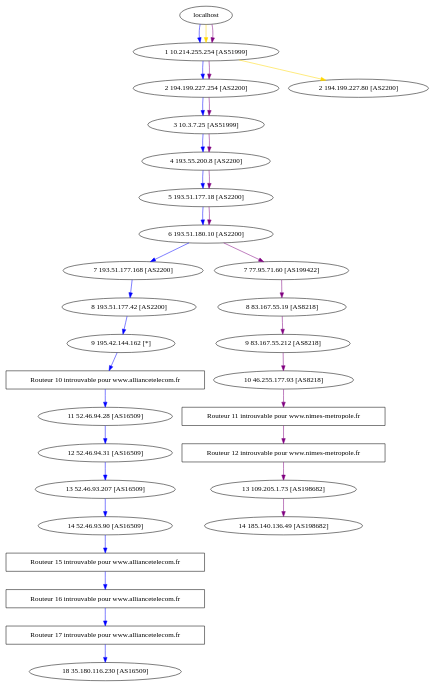
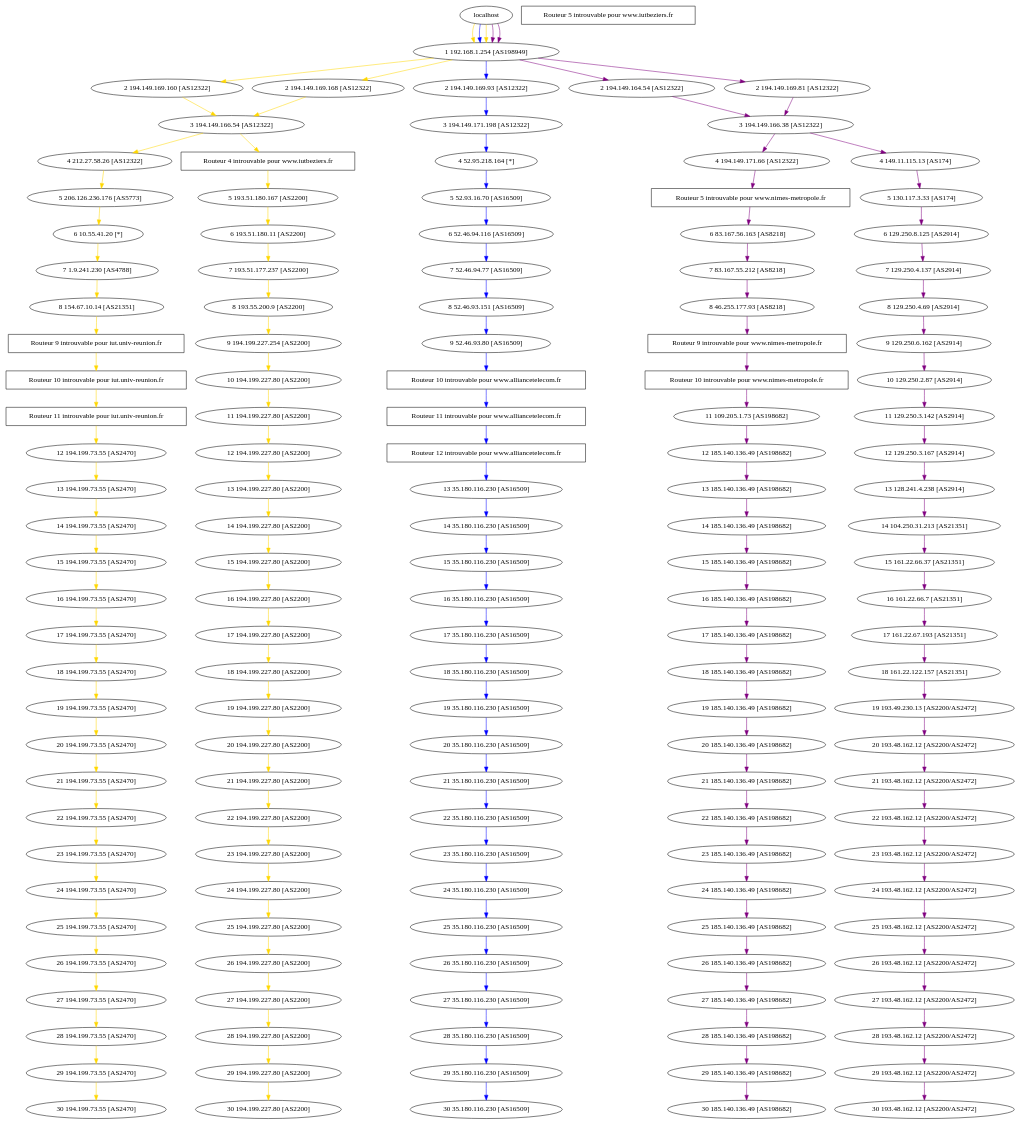
Before and after one commit to oriane17/cartographie: the diagram in traceroute/exam/carto.dot, drawn with Graphviz. The commit also changed 8 other files, not shown here.

```diff
--- a/traceroute/exam/carto.dot
+++ b/traceroute/exam/carto.dot
@@ -1,11 +1,17 @@
 digraph grapheTR {
 localhost
--> "1 10.214.255.254 [AS51999]" -> "2 194.199.227.254 [AS2200]" -> "3 10.3.7.25 [AS51999]" -> "4 193.55.200.8 [AS2200]" -> "5 193.51.177.18 [AS2200]" -> "6 193.51.180.10 [AS2200]" -> "7 193.51.177.168 [AS2200]" -> "8 193.51.177.42 [AS2200]" -> "9 195.42.144.162 [*]" -> "Routeur 10 introuvable pour www.alliancetelecom.fr" -> "11 52.46.94.28 [AS16509]" -> "12 52.46.94.31 [AS16509]" -> "13 52.46.93.207 [AS16509]" -> "14 52.46.93.90 [AS16509]" -> "Routeur 15 introuvable pour www.alliancetelecom.fr" -> "Routeur 16 introuvable pour www.alliancetelecom.fr" -> "Routeur 17 introuvable pour www.alliancetelecom.fr" -> "18 35.180.116.230 [AS16509]" [color=blue] "Routeur 10 introuvable pour www.alliancetelecom.fr" [shape=box] "Routeur 15 introuvable pour www.alliancetelecom.fr" [shape=box] "Routeur 16 introuvable pour www.alliancetelecom.fr" [shape=box] "Routeur 17 introuvable pour www.alliancetelecom.fr" [shape=box] 
+-> "1 192.168.1.254 [AS198949]" -> "2 194.149.169.160 [AS12322]" -> "3 194.149.166.54 [AS12322]" -> "4 212.27.58.26 [AS12322]" -> "5 206.126.236.176 [AS5773]" -> "6 10.55.41.20 [*]" -> "7 1.9.241.230 [AS4788]" -> "8 154.67.10.14 [AS21351]" -> "Routeur 9 introuvable pour iut.univ-reunion.fr" -> "Routeur 10 introuvable pour iut.univ-reunion.fr" -> "Routeur 11 introuvable pour iut.univ-reunion.fr" -> "12 194.199.73.55 [AS2470]" -> "13 194.199.73.55 [AS2470]" -> "14 194.199.73.55 [AS2470]" -> "15 194.199.73.55 [AS2470]" -> "16 194.199.73.55 [AS2470]" -> "17 194.199.73.55 [AS2470]" -> "18 194.199.73.55 [AS2470]" -> "19 194.199.73.55 [AS2470]" -> "20 194.199.73.55 [AS2470]" -> "21 194.199.73.55 [AS2470]" -> "22 194.199.73.55 [AS2470]" -> "23 194.199.73.55 [AS2470]" -> "24 194.199.73.55 [AS2470]" -> "25 194.199.73.55 [AS2470]" -> "26 194.199.73.55 [AS2470]" -> "27 194.199.73.55 [AS2470]" -> "28 194.199.73.55 [AS2470]" -> "29 194.199.73.55 [AS2470]" -> "30 194.199.73.55 [AS2470]" [color=gold] "Routeur 9 introuvable pour iut.univ-reunion.fr" [shape=box] "Routeur 10 introuvable pour iut.univ-reunion.fr" [shape=box] "Routeur 11 introuvable pour iut.univ-reunion.fr" [shape=box] 
 ;
 localhost
--> "1 10.214.255.254 [AS51999]" -> "2 194.199.227.80 [AS2200]" [color=gold] 
+-> "1 192.168.1.254 [AS198949]" -> "2 194.149.169.93 [AS12322]" -> "3 194.149.171.198 [AS12322]" -> "4 52.95.218.164 [*]" -> "5 52.93.16.70 [AS16509]" -> "6 52.46.94.116 [AS16509]" -> "7 52.46.94.77 [AS16509]" -> "8 52.46.93.151 [AS16509]" -> "9 52.46.93.80 [AS16509]" -> "Routeur 10 introuvable pour www.alliancetelecom.fr" -> "Routeur 11 introuvable pour www.alliancetelecom.fr" -> "Routeur 12 introuvable pour www.alliancetelecom.fr" -> "13 35.180.116.230 [AS16509]" -> "14 35.180.116.230 [AS16509]" -> "15 35.180.116.230 [AS16509]" -> "16 35.180.116.230 [AS16509]" -> "17 35.180.116.230 [AS16509]" -> "18 35.180.116.230 [AS16509]" -> "19 35.180.116.230 [AS16509]" -> "20 35.180.116.230 [AS16509]" -> "21 35.180.116.230 [AS16509]" -> "22 35.180.116.230 [AS16509]" -> "23 35.180.116.230 [AS16509]" -> "24 35.180.116.230 [AS16509]" -> "25 35.180.116.230 [AS16509]" -> "26 35.180.116.230 [AS16509]" -> "27 35.180.116.230 [AS16509]" -> "28 35.180.116.230 [AS16509]" -> "29 35.180.116.230 [AS16509]" -> "30 35.180.116.230 [AS16509]" [color=blue] "Routeur 10 introuvable pour www.alliancetelecom.fr" [shape=box] "Routeur 11 introuvable pour www.alliancetelecom.fr" [shape=box] "Routeur 12 introuvable pour www.alliancetelecom.fr" [shape=box] 
 ;
 localhost
--> "1 10.214.255.254 [AS51999]" -> "2 194.199.227.254 [AS2200]" -> "3 10.3.7.25 [AS51999]" -> "4 193.55.200.8 [AS2200]" -> "5 193.51.177.18 [AS2200]" -> "6 193.51.180.10 [AS2200]" -> "7 77.95.71.60 [AS199422]" -> "8 83.167.55.19 [AS8218]" -> "9 83.167.55.212 [AS8218]" -> "10 46.255.177.93 [AS8218]" -> "Routeur 11 introuvable pour www.nimes-metropole.fr" -> "Routeur 12 introuvable pour www.nimes-metropole.fr" -> "13 109.205.1.73 [AS198682]" -> "14 185.140.136.49 [AS198682]" [color=purple] "Routeur 11 introuvable pour www.nimes-metropole.fr" [shape=box] "Routeur 12 introuvable pour www.nimes-metropole.fr" [shape=box] 
+-> "1 192.168.1.254 [AS198949]" -> "2 194.149.169.168 [AS12322]" -> "3 194.149.166.54 [AS12322]" -> "Routeur 4 introuvable pour www.iutbeziers.fr" -> "5 193.51.180.167 [AS2200]" -> "6 193.51.180.11 [AS2200]" -> "7 193.51.177.237 [AS2200]" -> "8 193.55.200.9 [AS2200]" -> "9 194.199.227.254 [AS2200]" -> "10 194.199.227.80 [AS2200]" -> "11 194.199.227.80 [AS2200]" -> "12 194.199.227.80 [AS2200]" -> "13 194.199.227.80 [AS2200]" -> "14 194.199.227.80 [AS2200]" -> "15 194.199.227.80 [AS2200]" -> "16 194.199.227.80 [AS2200]" -> "17 194.199.227.80 [AS2200]" -> "18 194.199.227.80 [AS2200]" -> "19 194.199.227.80 [AS2200]" -> "20 194.199.227.80 [AS2200]" -> "21 194.199.227.80 [AS2200]" -> "22 194.199.227.80 [AS2200]" -> "23 194.199.227.80 [AS2200]" -> "24 194.199.227.80 [AS2200]" -> "25 194.199.227.80 [AS2200]" -> "26 194.199.227.80 [AS2200]" -> "27 194.199.227.80 [AS2200]" -> "28 194.199.227.80 [AS2200]" -> "29 194.199.227.80 [AS2200]" -> "30 194.199.227.80 [AS2200]" [color=gold] "Routeur 5 introuvable pour www.iutbeziers.fr" [shape=box] "Routeur 4 introuvable pour www.iutbeziers.fr" [shape=box] 
+;
+localhost
+-> "1 192.168.1.254 [AS198949]" -> "2 194.149.164.54 [AS12322]" -> "3 194.149.166.38 [AS12322]" -> "4 194.149.171.66 [AS12322]" -> "Routeur 5 introuvable pour www.nimes-metropole.fr" -> "6 83.167.56.163 [AS8218]" -> "7 83.167.55.212 [AS8218]" -> "8 46.255.177.93 [AS8218]" -> "Routeur 9 introuvable pour www.nimes-metropole.fr" -> "Routeur 10 introuvable pour www.nimes-metropole.fr" -> "11 109.205.1.73 [AS198682]" -> "12 185.140.136.49 [AS198682]" -> "13 185.140.136.49 [AS198682]" -> "14 185.140.136.49 [AS198682]" -> "15 185.140.136.49 [AS198682]" -> "16 185.140.136.49 [AS198682]" -> "17 185.140.136.49 [AS198682]" -> "18 185.140.136.49 [AS198682]" -> "19 185.140.136.49 [AS198682]" -> "20 185.140.136.49 [AS198682]" -> "21 185.140.136.49 [AS198682]" -> "22 185.140.136.49 [AS198682]" -> "23 185.140.136.49 [AS198682]" -> "24 185.140.136.49 [AS198682]" -> "25 185.140.136.49 [AS198682]" -> "26 185.140.136.49 [AS198682]" -> "27 185.140.136.49 [AS198682]" -> "28 185.140.136.49 [AS198682]" -> "29 185.140.136.49 [AS198682]" -> "30 185.140.136.49 [AS198682]" [color=purple] "Routeur 5 introuvable pour www.nimes-metropole.fr" [shape=box] "Routeur 9 introuvable pour www.nimes-metropole.fr" [shape=box] "Routeur 10 introuvable pour www.nimes-metropole.fr" [shape=box] 
+;
+localhost
+-> "1 192.168.1.254 [AS198949]" -> "2 194.149.169.81 [AS12322]" -> "3 194.149.166.38 [AS12322]" -> "4 149.11.115.13 [AS174]" -> "5 130.117.3.33 [AS174]" -> "6 129.250.8.125 [AS2914]" -> "7 129.250.4.137 [AS2914]" -> "8 129.250.4.69 [AS2914]" -> "9 129.250.6.162 [AS2914]" -> "10 129.250.2.87 [AS2914]" -> "11 129.250.3.142 [AS2914]" -> "12 129.250.3.167 [AS2914]" -> "13 128.241.4.238 [AS2914]" -> "14 104.250.31.213 [AS21351]" -> "15 161.22.66.37 [AS21351]" -> "16 161.22.66.7 [AS21351]" -> "17 161.22.67.193 [AS21351]" -> "18 161.22.122.157 [AS21351]" -> "19 193.49.230.13 [AS2200/AS2472]" -> "20 193.48.162.12 [AS2200/AS2472]" -> "21 193.48.162.12 [AS2200/AS2472]" -> "22 193.48.162.12 [AS2200/AS2472]" -> "23 193.48.162.12 [AS2200/AS2472]" -> "24 193.48.162.12 [AS2200/AS2472]" -> "25 193.48.162.12 [AS2200/AS2472]" -> "26 193.48.162.12 [AS2200/AS2472]" -> "27 193.48.162.12 [AS2200/AS2472]" -> "28 193.48.162.12 [AS2200/AS2472]" -> "29 193.48.162.12 [AS2200/AS2472]" -> "30 193.48.162.12 [AS2200/AS2472]" [color=purple] 
 ;
 }
```
